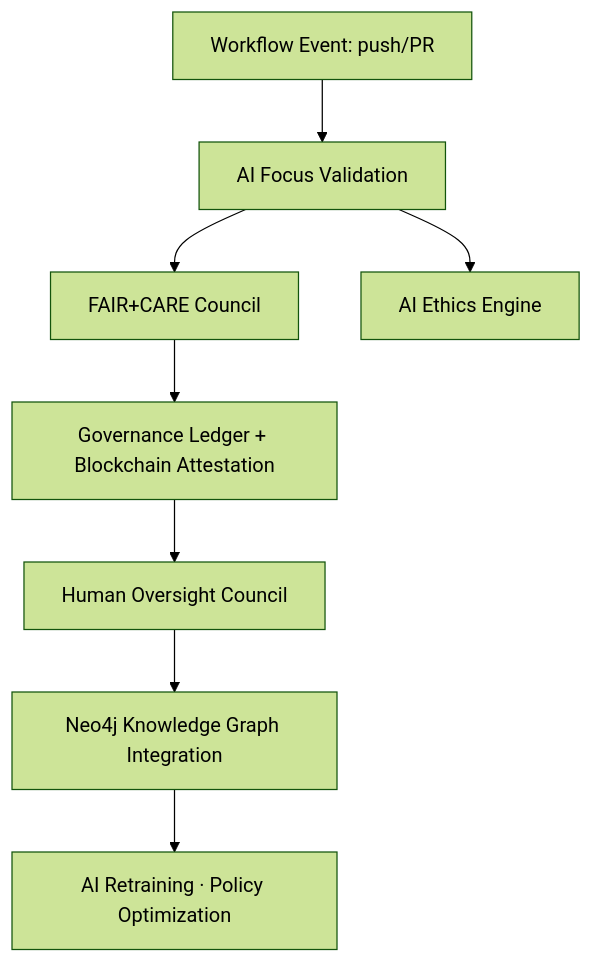
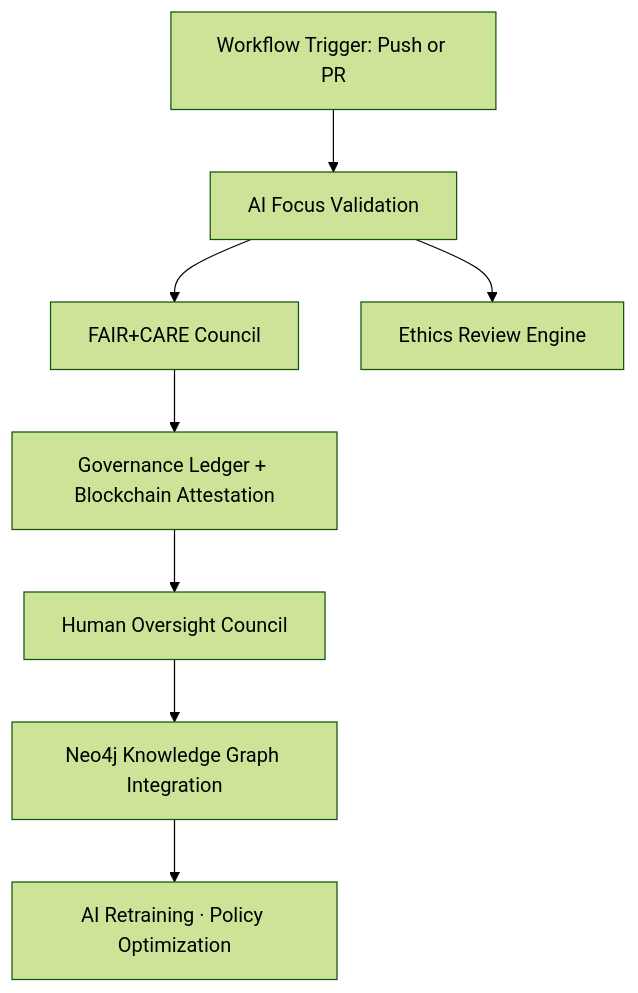
Before and after one commit to bartytime4life/Kansas-Frontier-Matrix: the first of 2 diagrams in .github/README.md, drawn with Mermaid (forest theme). The commit also changed other lines of this file, not shown here.

First line of the commit message:
Revise last updated date and validation reports structure

````diff
--- a/.github/README.md
+++ b/.github/README.md
@@ -62,10 +74,10 @@
 ```mermaid
 graph TD
-A[Workflow Event: push/PR] --> B[AI Focus Validation]
+A[Workflow Trigger: Push or PR] --> B[AI Focus Validation]
 B --> C[FAIR+CARE Council]
-B --> D[AI Ethics Engine]
+B --> D[Ethics Review Engine]
 C --> E[Governance Ledger + Blockchain Attestation]
 E --> F[Human Oversight Council]
 F --> G[Neo4j Knowledge Graph Integration]
 G --> H[AI Retraining · Policy Optimization]
 ```
````
